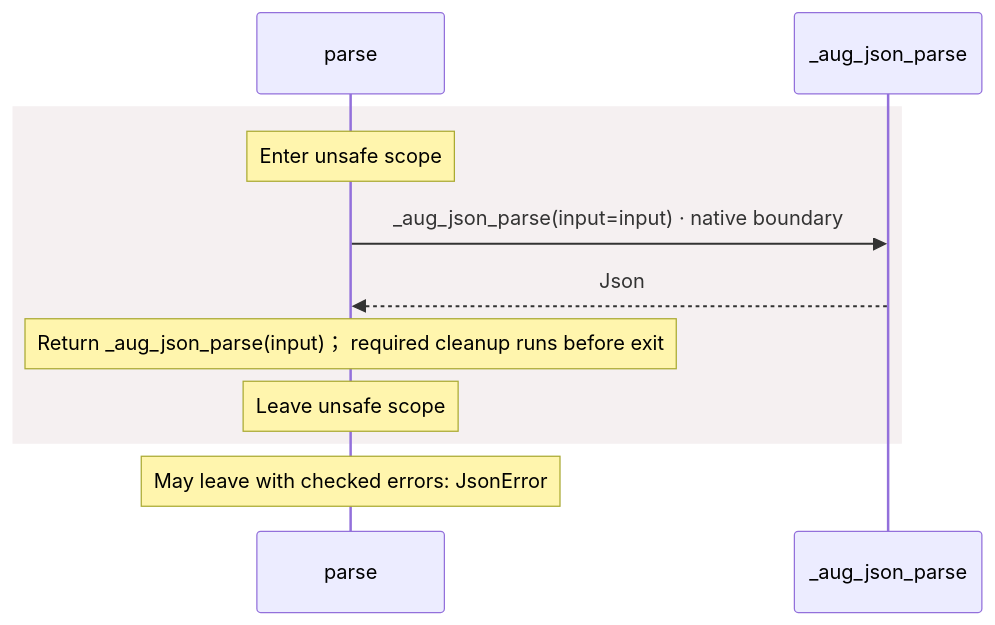
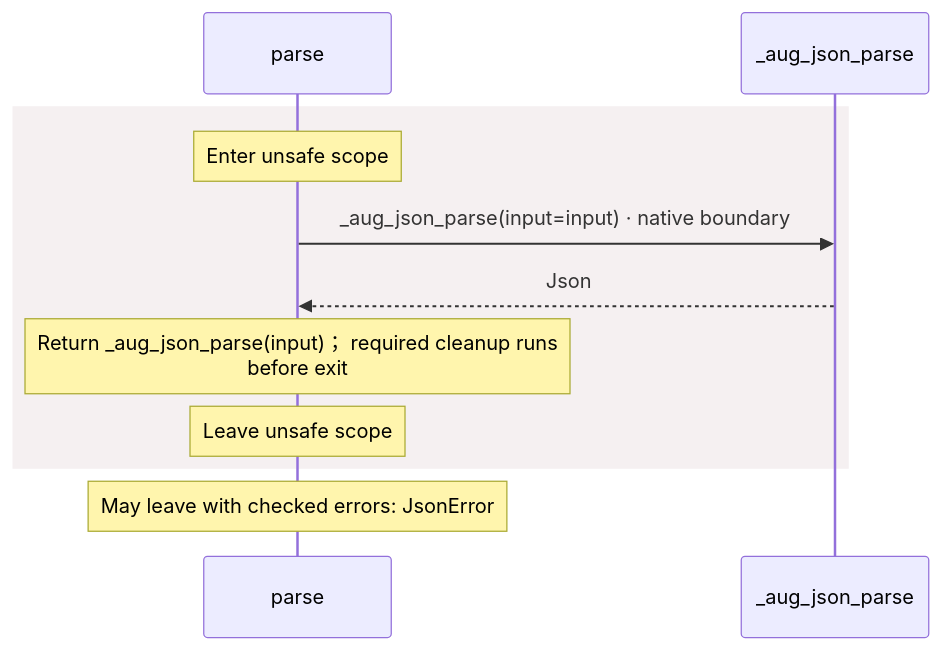
Before and after one commit to GreenPandaStudios/augscript: the second of 2 diagrams in benchmarks/json/.aug-spec/packages/@git/url_2d3c37c690c0fa115be1/0.0.0-git.a39fc582565d4fca40be4f75fa304d71adc69301/contracts.aug.diagrams.md, drawn with Mermaid. The commit also changed 200 other files, not shown here.

Commit message:
Group imported operations and wrap readable sequence messages

````diff
--- a/benchmarks/json/.aug-spec/packages/@git/url_2d3c37c690c0fa115be1/0.0.0-git.a39fc582565d4fca40be4f75fa304d71adc69301/contracts.aug.diagrams.md
+++ b/benchmarks/json/.aug-spec/packages/@git/url_2d3c37c690c0fa115be1/0.0.0-git.a39fc582565d4fca40be4f75fa304d71adc69301/contracts.aug.diagrams.md
@@ -38,13 +38,13 @@
 ```mermaid
 sequenceDiagram
     participant p0 as parse
     participant p1 as _aug_json_parse
     rect rgb(245, 240, 241)
     Note over p0: Enter unsafe scope
     p0->>p1: _aug_json_parse(input=input) · native boundary
     p1-->>p0: Json
-    Note over p0: Return _aug_json_parse(input)； required cleanup runs before exit
+    Note over p0: Return _aug_json_parse(input)； required cleanup runs<br/>before exit
     Note over p0: Leave unsafe scope
     end
     Note over p0: May leave with checked errors: JsonError
 ```
````
